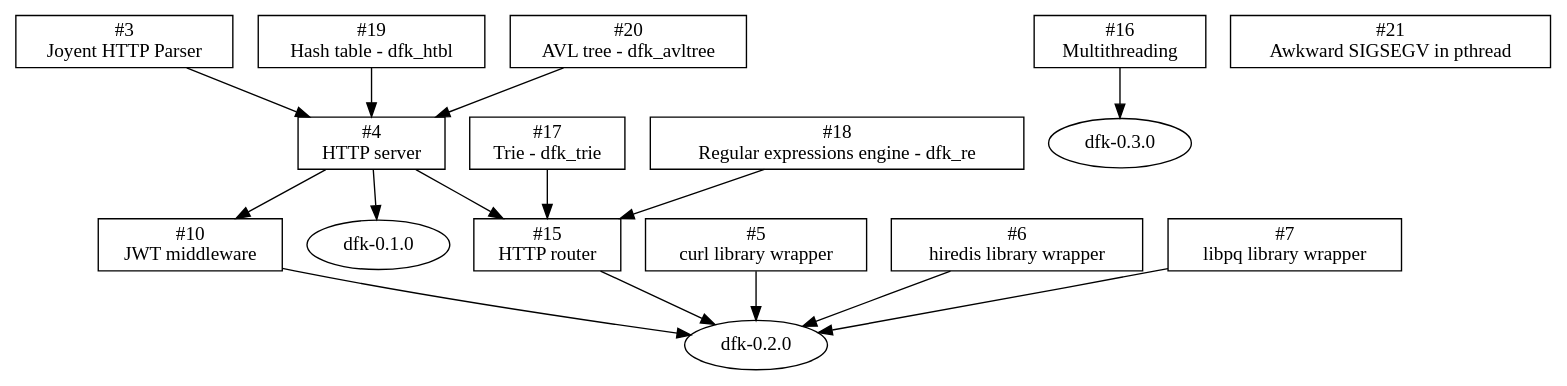
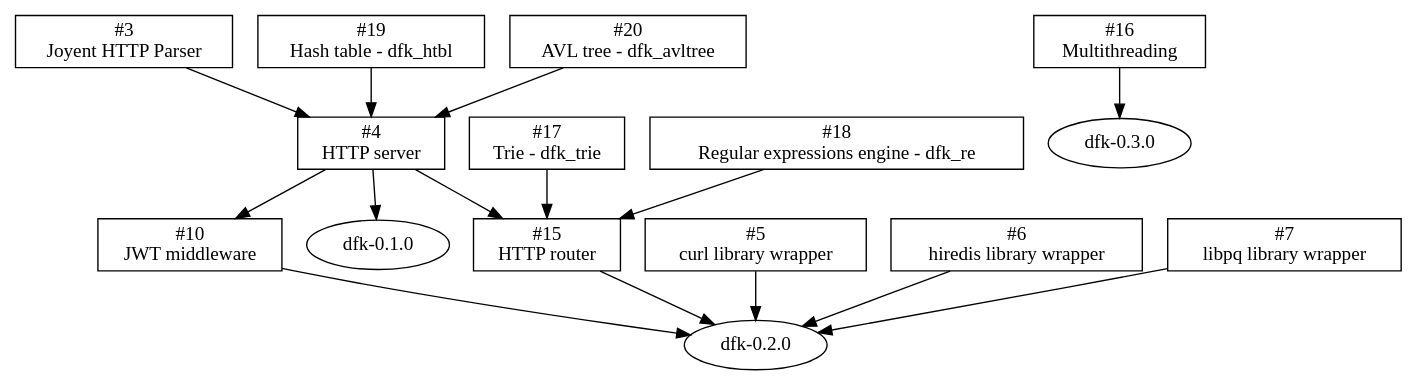
Before and after one commit to isn-/dfk: the diagram in doc/roadmap.dot, drawn with Graphviz. The commit also changed 2 other files, not shown here.

```diff
--- a/doc/roadmap.dot
+++ b/doc/roadmap.dot
@@ -1,52 +1,48 @@
 digraph "DFK Library Roadmap - Current" {
   node [shape=box];
   ratio="compress";
 
   http_parser [label="#3\nJoyent HTTP Parser"];
 
   http_server [label="#4\nHTTP server"];
     http_parser -> http_server
     htbl -> http_server
     avltree -> http_server
 
   curl [label="#5\ncurl library wrapper"];
 
   redis [label="#6\nhiredis library wrapper"];
 
   libpq [label="#7\nlibpq library wrapper"];
 
   jwt [label="#10\nJWT middleware"];
     http_server -> jwt;
 
   mt [label="#16\nMultithreading"];
 
   trie [label="#17\nTrie - dfk_trie"];
 
   re [label="#18\nRegular expressions engine - dfk_re"];
 
   htbl [label="#19\nHash table - dfk_htbl"];
 
   avltree [label="#20\nAVL tree - dfk_avltree"];
 
   router [label="#15\nHTTP router"];
     http_server -> router;
     trie -> router;
     re -> router;
 
-  bug [label="#21\nAwkward SIGSEGV in pthread"];
-  // Occur only in valgrind builds,
-  // Build examples: https://travis-ci.org/isn-/dfk/builds/140336836
-
   dfk010 [label="dfk-0.1.0" shape=oval];
     http_server -> dfk010
 
   dfk020 [label="dfk-0.2.0" shape=oval];
     jwt -> dfk020;
     redis -> dfk020;
     curl -> dfk020;
     libpq -> dfk020;
     router -> dfk020;
 
   dfk030 [label="dfk-0.3.0" shape=oval];
     mt -> dfk030;
 }
```
